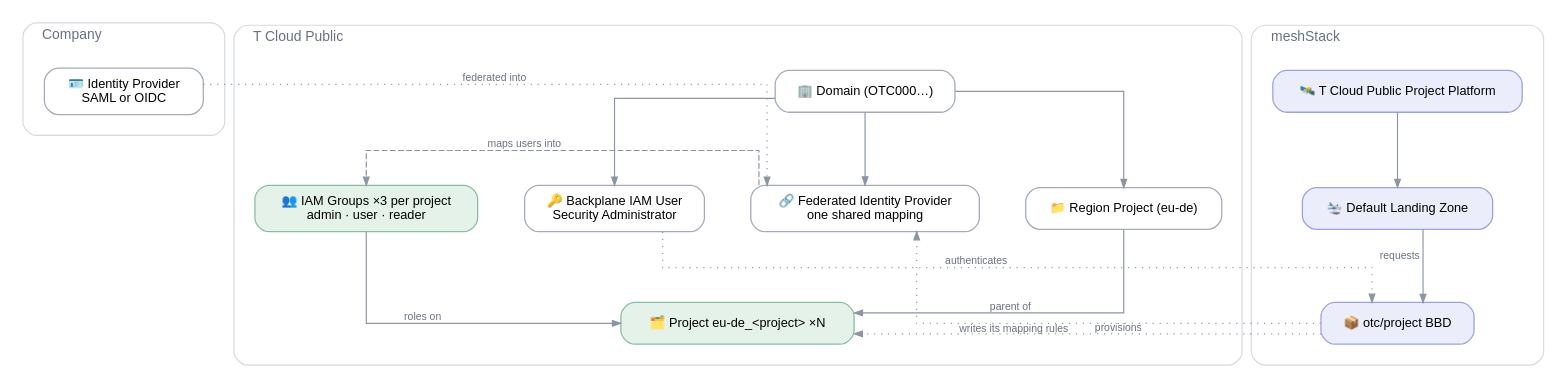
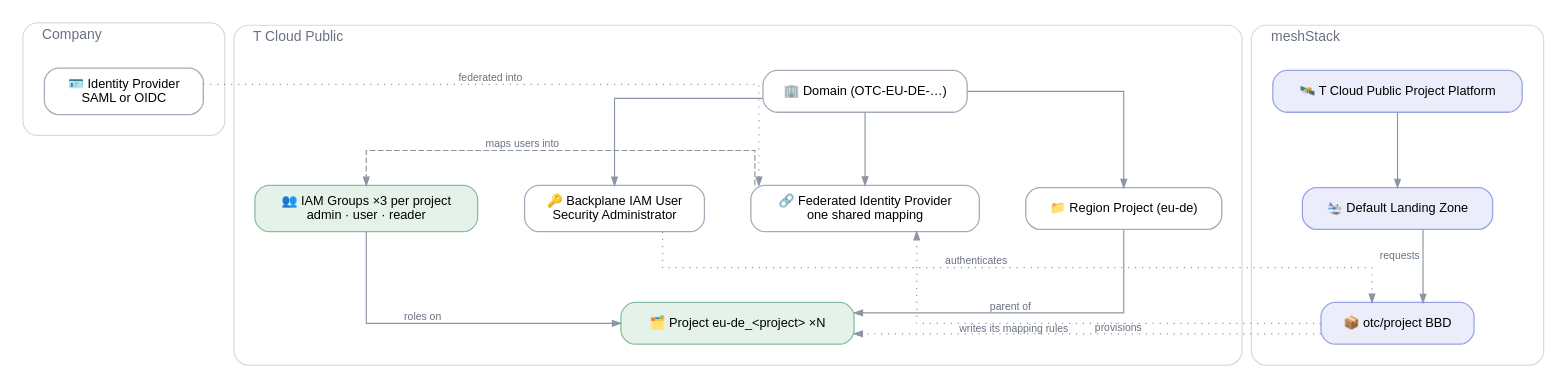
The diagram in reference-architectures/otc-landingzone/otc-landingzone.dot (meshcloud/meshstack-hub), drawn with Graphviz before and after one commit. The commit also changed 8 other files, not shown here.

```diff
--- a/reference-architectures/otc-landingzone/otc-landingzone.dot
+++ b/reference-architectures/otc-landingzone/otc-landingzone.dot
@@ -1,70 +1,70 @@
 /*
  * T Cloud Public Landing Zone reference architecture.
  * Conventions: .agents/references/diagrams.md — render with: task diagrams
  */
 digraph otc_landingzone {
   rankdir=TB
   splines=ortho
   forcelabels=true
   bgcolor="white"
   nodesep=0.55
   ranksep=0.85
 
   node [shape=box style="rounded,filled" fontname="Helvetica" fontsize=11
         fillcolor="#ffffff" color="#a2abb8" penwidth=1.1 margin="0.20,0.11"]
   edge [fontname="Helvetica" fontsize=9 fontcolor="#697180" color="#8b95a3" arrowsize=0.7]
 
   subgraph cluster_idp {
     label="  Company"
     labeljust=l
     fontname="Helvetica" fontsize=12 fontcolor="#697180"
     style="rounded" color="#d5dae0"
     margin=18
 
     IDP [label="🪪 Identity Provider\nSAML or OIDC" fillcolor="#ffffff" color="#a2abb8"]
   }
 
   subgraph cluster_otc {
     label="  T Cloud Public"
     labeljust=l
     fontname="Helvetica" fontsize=12 fontcolor="#697180"
     style="rounded" color="#d5dae0"
     margin=18
 
-    DOMAIN  [label="🏢 Domain (OTC000…)" fillcolor="#ffffff" color="#a2abb8"]
+    DOMAIN  [label="🏢 Domain (OTC-EU-DE-…)" fillcolor="#ffffff" color="#a2abb8"]
     BPUSER  [label="🔑 Backplane IAM User\nSecurity Administrator" fillcolor="#ffffff" color="#a2abb8"]
     FED     [label="🔗 Federated Identity Provider\none shared mapping" fillcolor="#ffffff" color="#a2abb8"]
     REGION  [label="📁 Region Project (eu-de)" fillcolor="#ffffff" color="#a2abb8"]
     PRJ     [label="🗂️ Project eu-de_<project> ×N" fillcolor="#e5f2ea" color="#85bfa0"]
     GROUPS  [label="👥 IAM Groups ×3 per project\nadmin · user · reader" fillcolor="#e5f2ea" color="#85bfa0"]
 
     { rank=same; BPUSER -> FED -> REGION [style=invis] }
 
     DOMAIN -> BPUSER
     DOMAIN -> FED
     DOMAIN -> REGION
     REGION -> PRJ    [xlabel="parent of"]
     GROUPS -> PRJ    [xlabel="roles on"]
     FED    -> GROUPS [xlabel="maps users into" style=dashed constraint=false]
   }
 
   subgraph cluster_mesh {
     label="  meshStack"
     labeljust=l
     fontname="Helvetica" fontsize=12 fontcolor="#697180"
     style="rounded" color="#d5dae0"
     margin=18
 
     PLAT   [label="🛰️ T Cloud Public Project Platform" fillcolor="#ecedfb" color="#9aa2e6"]
     LZ     [label="🛬 Default Landing Zone" fillcolor="#ecedfb" color="#9aa2e6"]
     PRJBBD [label="📦 otc/project BBD" fillcolor="#ecedfb" color="#9aa2e6"]
 
     PLAT -> LZ
     LZ   -> PRJBBD [xlabel="requests"]
   }
 
   IDP    -> FED    [xlabel="federated into" style=dotted constraint=false]
   BPUSER -> PRJBBD [xlabel="authenticates" style=dotted constraint=false]
   PRJBBD -> PRJ    [xlabel="provisions" style=dotted constraint=false]
   PRJBBD -> FED    [xlabel="writes its mapping rules" style=dotted constraint=false]
 }
```
